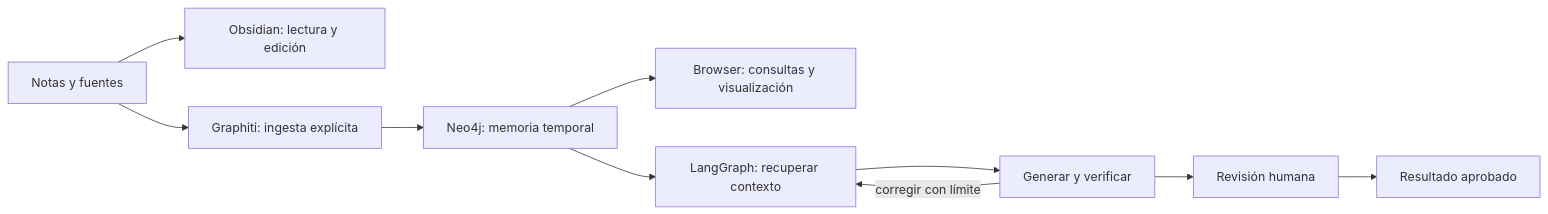
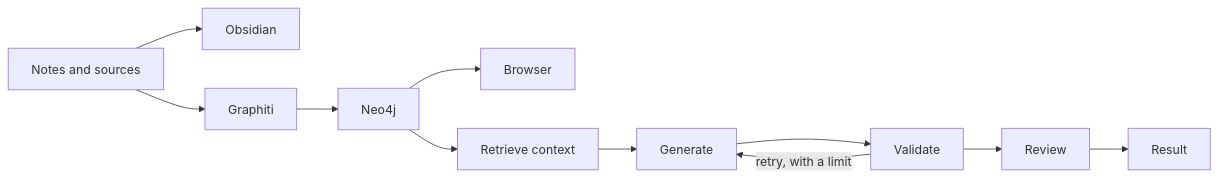
One commit to TheBeachLab/selfhosted changed the diagram in doc/knowledge-graphs.md. Above: the diagram before and after it, drawn with Mermaid. The commit also changed other lines of this file and 6 other files, not shown here.

Commit message:
Rewrite graph documentation in the repository writing style

````diff
--- a/doc/knowledge-graphs.md
+++ b/doc/knowledge-graphs.md
@@ -26,12 +37,13 @@
 ```mermaid
 flowchart LR
-    N[Notas y fuentes] --> O[Obsidian: lectura y edición]
-    N --> G[Graphiti: ingesta explícita]
-    G --> D[Neo4j: memoria temporal]
-    D --> B[Browser: consultas y visualización]
-    D --> L[LangGraph: recuperar contexto]
-    L --> V[Generar y verificar]
-    V -->|corregir con límite| L
-    V --> H[Revisión humana]
-    H --> R[Resultado aprobado]
+    Notes[Notes and sources] --> Obsidian
+    Notes --> Graphiti
+    Graphiti --> Neo4j
+    Neo4j --> Browser
+    Neo4j --> Context[Retrieve context]
+    Context --> Generate
+    Generate --> Validate
+    Validate -->|retry, with a limit| Generate
+    Validate --> Review
+    Review --> Result
 ```
````
